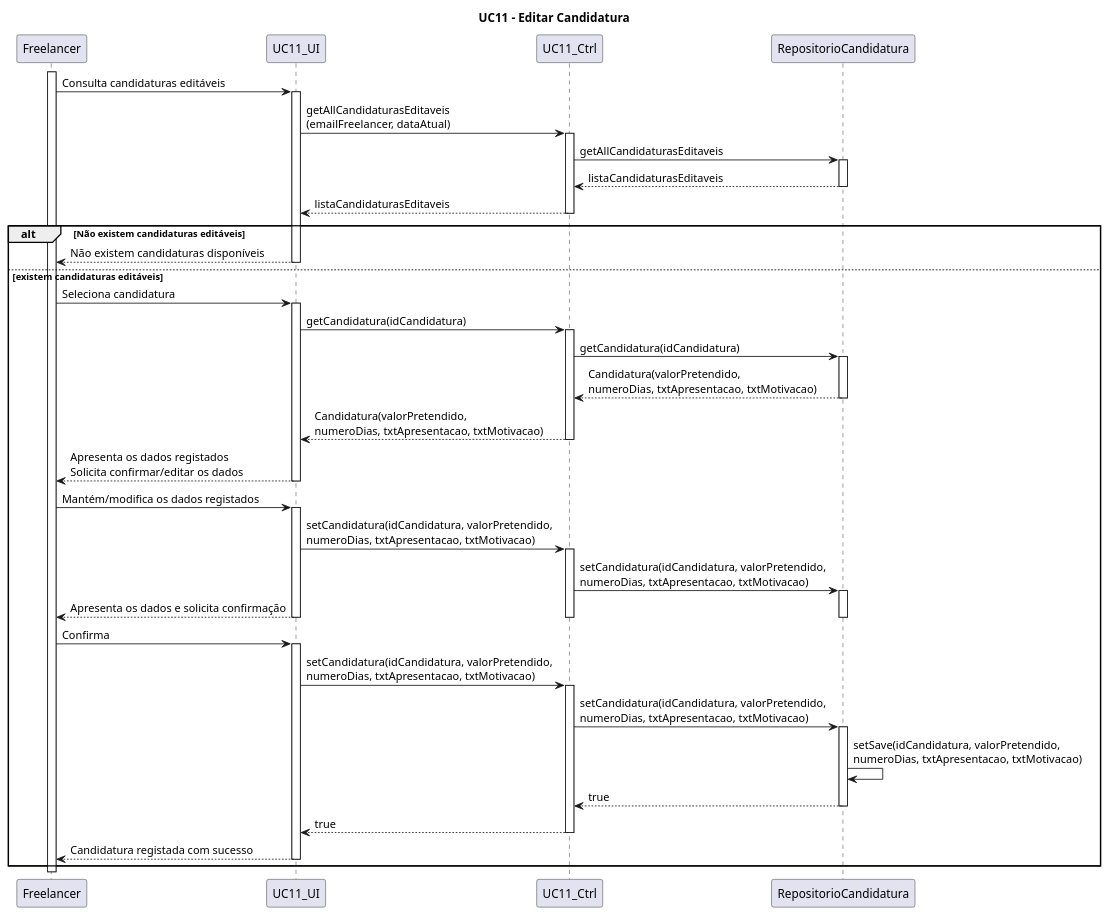
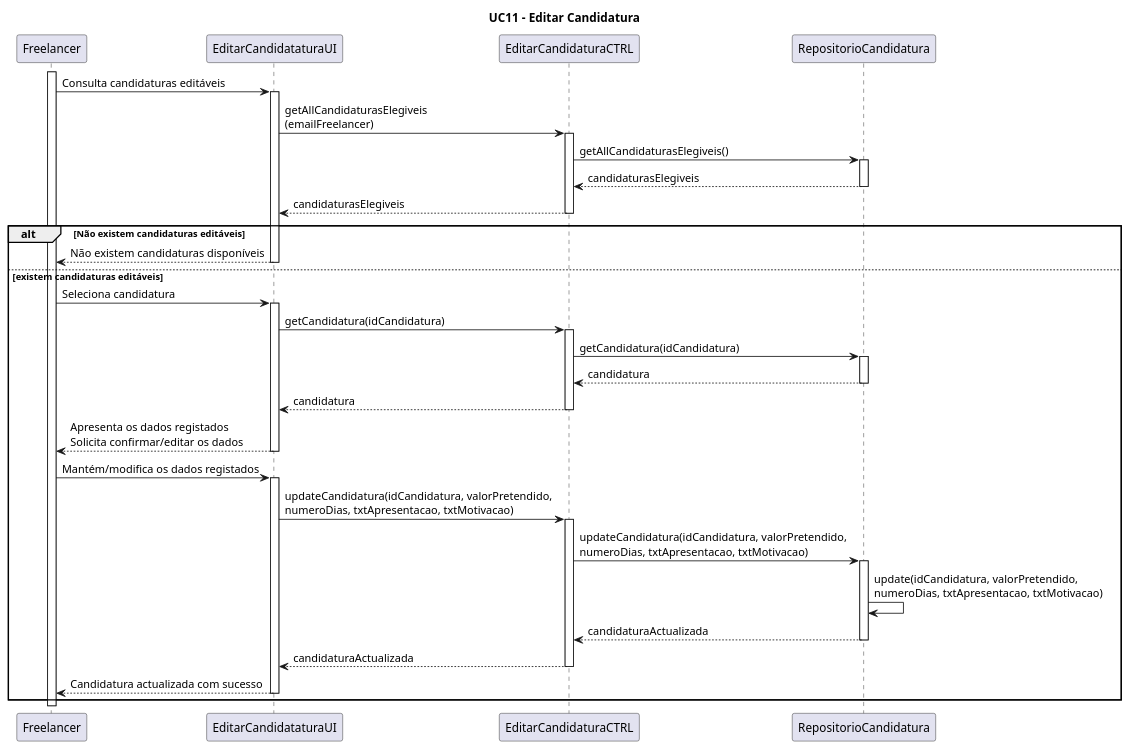
The diagram in Documentação/Sprint 4/UC11_Editar_Candidatura/UC11_Editar_Candidatura_Diag_Seq.plantuml (blestonbandeiraUPSKILL/upskill_java1_labprg_grupo2), drawn with PlantUML before and after one commit. The commit also changed 12 other files, not shown here.

```diff
--- a/Documentação/Sprint 4/UC11_Editar_Candidatura/UC11_Editar_Candidatura_Diag_Seq.plantuml
+++ b/Documentação/Sprint 4/UC11_Editar_Candidatura/UC11_Editar_Candidatura_Diag_Seq.plantuml
@@ -1,62 +1,52 @@
 @startuml
 
 participant Freelancer
-participant UC11_UI
-participant UC11_Ctrl
+participant "EditarCandidataturaUI" as EditarCandidataturaUI
+participant "EditarCandidaturaCTRL" as EditarCandidaturaCTRL
 participant RepositorioCandidatura
 
 
 title UC11 - Editar Candidatura
 activate Freelancer
-Freelancer -> UC11_UI : Consulta candidaturas editáveis
-activate UC11_UI
-UC11_UI -> UC11_Ctrl : getAllCandidaturasEditaveis \n(emailFreelancer, dataAtual)
-activate UC11_Ctrl
-UC11_Ctrl -> RepositorioCandidatura : getAllCandidaturasEditaveis
+Freelancer -> EditarCandidataturaUI : Consulta candidaturas editáveis
+activate EditarCandidataturaUI
+EditarCandidataturaUI -> EditarCandidaturaCTRL : getAllCandidaturasElegiveis \n(emailFreelancer)
+activate EditarCandidaturaCTRL
+EditarCandidaturaCTRL -> RepositorioCandidatura : getAllCandidaturasElegiveis()
 activate RepositorioCandidatura
-RepositorioCandidatura --> UC11_Ctrl : listaCandidaturasEditaveis
+RepositorioCandidatura --> EditarCandidaturaCTRL : candidaturasElegiveis
 deactivate RepositorioCandidatura
-UC11_Ctrl --> UC11_UI : listaCandidaturasEditaveis
-deactivate UC11_Ctrl
+EditarCandidaturaCTRL --> EditarCandidataturaUI : candidaturasElegiveis
+deactivate EditarCandidaturaCTRL
 alt Não existem candidaturas editáveis
-UC11_UI --> Freelancer : Não existem candidaturas disponíveis
-deactivate UC11_UI
+EditarCandidataturaUI --> Freelancer : Não existem candidaturas disponíveis
+deactivate EditarCandidataturaUI
 else existem candidaturas editáveis
-Freelancer -> UC11_UI : Seleciona candidatura
-activate UC11_UI
-UC11_UI -> UC11_Ctrl : getCandidatura(idCandidatura)
-activate UC11_Ctrl
-UC11_Ctrl -> RepositorioCandidatura : getCandidatura(idCandidatura)
+Freelancer -> EditarCandidataturaUI : Seleciona candidatura
+activate EditarCandidataturaUI
+EditarCandidataturaUI -> EditarCandidaturaCTRL : getCandidatura(idCandidatura)
+activate EditarCandidaturaCTRL
+EditarCandidaturaCTRL -> RepositorioCandidatura : getCandidatura(idCandidatura)
 activate RepositorioCandidatura
-RepositorioCandidatura --> UC11_Ctrl : Candidatura(valorPretendido, \nnumeroDias, txtApresentacao, txtMotivacao)
+RepositorioCandidatura --> EditarCandidaturaCTRL : candidatura
 deactivate RepositorioCandidatura
-UC11_Ctrl --> UC11_UI : Candidatura(valorPretendido, \nnumeroDias, txtApresentacao, txtMotivacao)
-deactivate UC11_Ctrl
-UC11_UI --> Freelancer : Apresenta os dados registados \nSolicita confirmar/editar os dados
-deactivate UC11_UI
-Freelancer -> UC11_UI : Mantém/modifica os dados registados
-activate UC11_UI
-UC11_UI -> UC11_Ctrl : setCandidatura(idCandidatura, valorPretendido, \nnumeroDias, txtApresentacao, txtMotivacao)
-activate UC11_Ctrl
-UC11_Ctrl -> RepositorioCandidatura : setCandidatura(idCandidatura, valorPretendido, \nnumeroDias, txtApresentacao, txtMotivacao)
+EditarCandidaturaCTRL --> EditarCandidataturaUI : candidatura
+deactivate EditarCandidaturaCTRL
+EditarCandidataturaUI --> Freelancer : Apresenta os dados registados \nSolicita confirmar/editar os dados
+deactivate EditarCandidataturaUI
+Freelancer -> EditarCandidataturaUI : Mantém/modifica os dados registados
+activate EditarCandidataturaUI
+EditarCandidataturaUI -> EditarCandidaturaCTRL : updateCandidatura(idCandidatura, valorPretendido, \nnumeroDias, txtApresentacao, txtMotivacao)
+activate EditarCandidaturaCTRL
+EditarCandidaturaCTRL -> RepositorioCandidatura : updateCandidatura(idCandidatura, valorPretendido, \nnumeroDias, txtApresentacao, txtMotivacao)
 activate RepositorioCandidatura
-UC11_UI --> Freelancer : Apresenta os dados e solicita confirmação
+RepositorioCandidatura -> RepositorioCandidatura: update(idCandidatura, valorPretendido, \nnumeroDias, txtApresentacao, txtMotivacao)
+RepositorioCandidatura --> EditarCandidaturaCTRL: candidaturaActualizada
 deactivate RepositorioCandidatura
-deactivate UC11_Ctrl
-deactivate UC11_UI
-Freelancer -> UC11_UI : Confirma
-activate UC11_UI
-UC11_UI -> UC11_Ctrl : setCandidatura(idCandidatura, valorPretendido, \nnumeroDias, txtApresentacao, txtMotivacao)
-activate UC11_Ctrl
-UC11_Ctrl -> RepositorioCandidatura : setCandidatura(idCandidatura, valorPretendido, \nnumeroDias, txtApresentacao, txtMotivacao)
-activate RepositorioCandidatura
-RepositorioCandidatura -> RepositorioCandidatura : setSave(idCandidatura, valorPretendido, \nnumeroDias, txtApresentacao, txtMotivacao)
-RepositorioCandidatura --> UC11_Ctrl : true
-deactivate RepositorioCandidatura
-UC11_Ctrl --> UC11_UI : true
-deactivate UC11_Ctrl
-UC11_UI --> Freelancer : Candidatura registada com sucesso
-deactivate UC11_UI
+EditarCandidaturaCTRL --> EditarCandidataturaUI: candidaturaActualizada
+deactivate EditarCandidaturaCTRL
+EditarCandidataturaUI --> Freelancer: Candidatura actualizada com sucesso
+deactivate EditarCandidataturaUI
 end
 deactivate Freelancer
 @enduml
```
